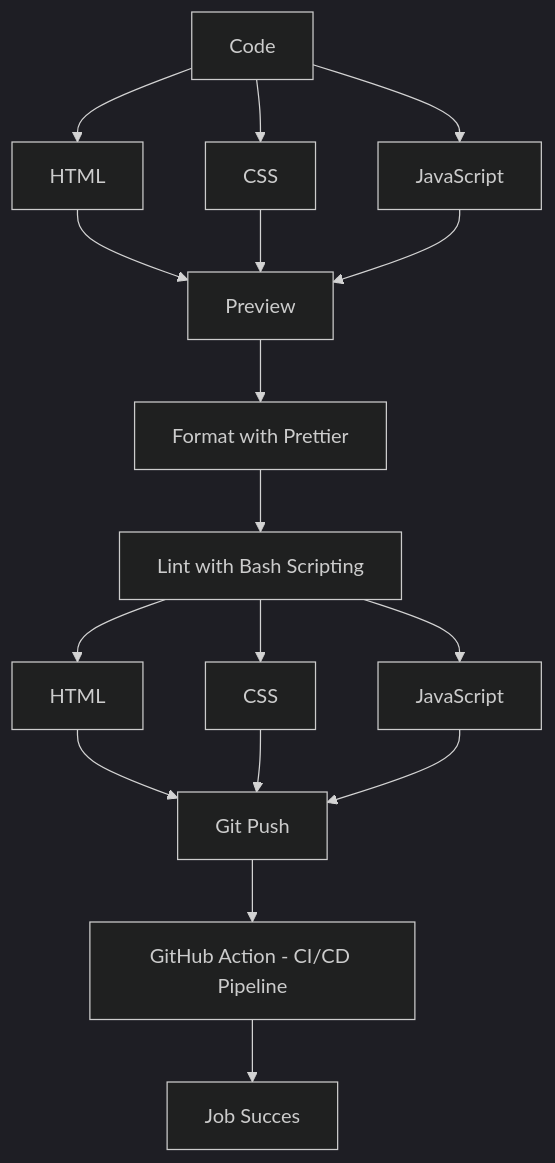
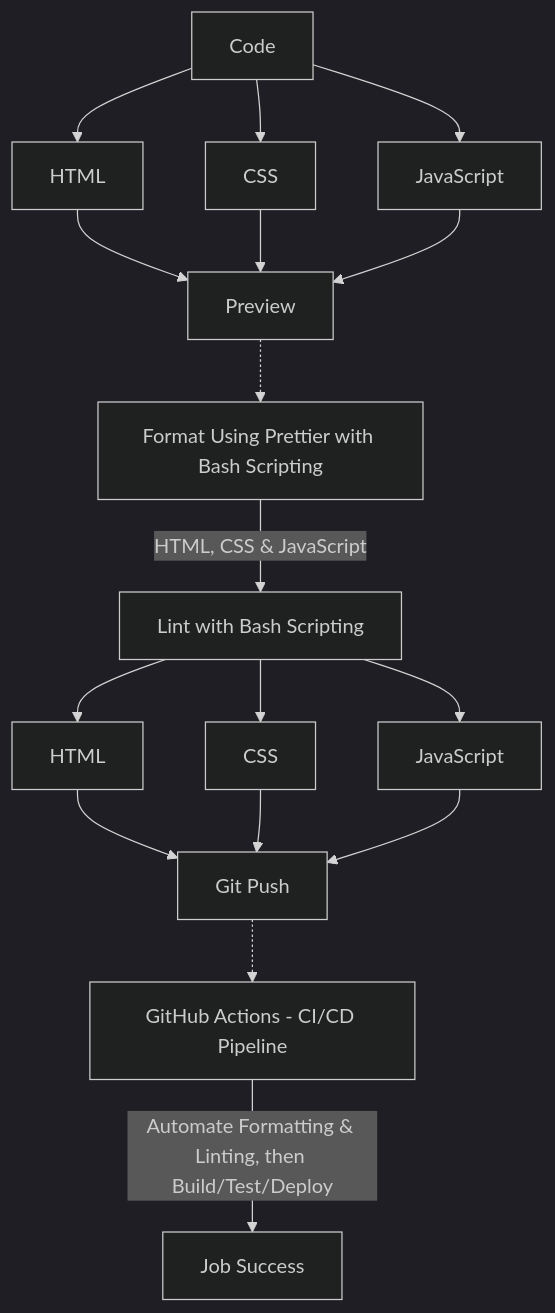
One commit to nabiil-s/nabiil-s.github.io changed the diagram in mermaid.md. Above: the diagram before and after it, drawn with Mermaid (dark theme). The commit also changed other lines of this file, not shown here.

Commit message:
Update mermaid.md: add intro and detailed flowchart

````diff
--- a/mermaid.md
+++ b/mermaid.md
@@ -3,21 +22,22 @@
 ```mermaid
 flowchart TB
+
     %% Code update flow
     A[Code] --> B[HTML]
     A[Code] --> C[CSS]
     A[Code] --> D[JavaScript]
     B --> E[Preview]
     C --> E[Preview]
     D --> E[Preview]
-    E --> F[Format with Prettier]
-    F --> G[Lint with Bash Scripting]
+    E -.-> F[Format Using Prettier with Bash Scripting]
+    F -- HTML, CSS & JavaScript --> G[Lint with Bash Scripting]
     G --> H[HTML]
     G --> I[CSS]
     G --> J[JavaScript]
     H --> K[Git Push]  
     I --> K[Git Push]
     J --> K[Git Push]
-    K --> L[GitHub Action - CI/CD Pipeline]
-    L --> M[Job Succes]
+    K -.-> L[GitHub Actions - CI/CD Pipeline]
+    L -- Automate Formatting & Linting, then Build/Test/Deploy --> M[Job Success]
 
 ```
````
